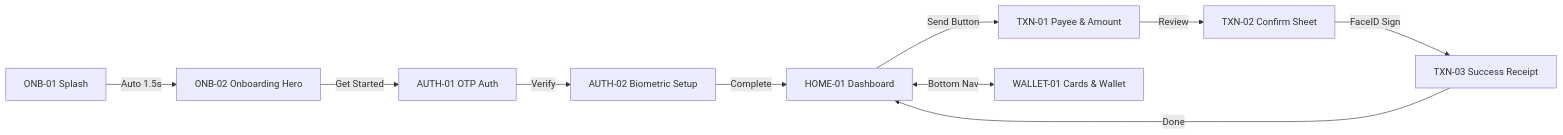
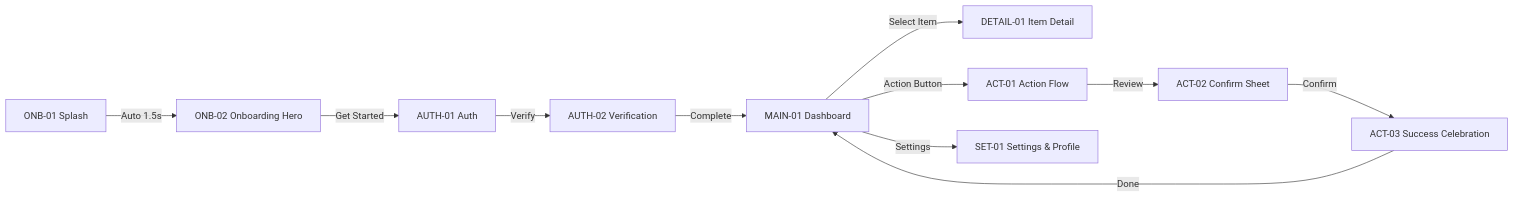
Before and after one commit to rik9922/Figma: the diagram in templates/project-documentation/SCREEN_ARCHITECTURE_TEMPLATE.md, drawn with Mermaid. The commit also changed other lines of this file and 94 other files, not shown here.

````diff
--- a/templates/project-documentation/SCREEN_ARCHITECTURE_TEMPLATE.md
+++ b/templates/project-documentation/SCREEN_ARCHITECTURE_TEMPLATE.md
@@ -32,14 +33,15 @@
 ```mermaid
 flowchart LR
     ONB01["ONB-01 Splash"] -->|Auto 1.5s| ONB02["ONB-02 Onboarding Hero"]
-    ONB02 -->|Get Started| AUTH01["AUTH-01 OTP Auth"]
-    AUTH01 -->|Verify| AUTH02["AUTH-02 Biometric Setup"]
-    AUTH02 -->|Complete| HOME01["HOME-01 Dashboard"]
-    
-    HOME01 -->|Send Button| TXN01["TXN-01 Payee & Amount"]
-    TXN01 -->|Review| TXN02["TXN-02 Confirm Sheet"]
-    TXN02 -->|FaceID Sign| TXN03["TXN-03 Success Receipt"]
-    TXN03 -->|Done| HOME01
-    
-    HOME01 <-->|Bottom Nav| WALLET01["WALLET-01 Cards & Wallet"]
+    ONB02 -->|Get Started| AUTH01["AUTH-01 Auth"]
+    AUTH01 -->|Verify| AUTH02["AUTH-02 Verification"]
+    AUTH02 -->|Complete| MAIN01["MAIN-01 Dashboard"]
+
+    MAIN01 -->|Select Item| DETAIL01["DETAIL-01 Item Detail"]
+    MAIN01 -->|Action Button| ACT01["ACT-01 Action Flow"]
+    ACT01 -->|Review| ACT02["ACT-02 Confirm Sheet"]
+    ACT02 -->|Confirm| ACT03["ACT-03 Success Celebration"]
+    ACT03 -->|Done| MAIN01
+
+    MAIN01 -->|Settings| SET01["SET-01 Settings & Profile"]
 ```
````
